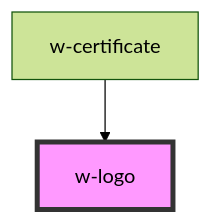
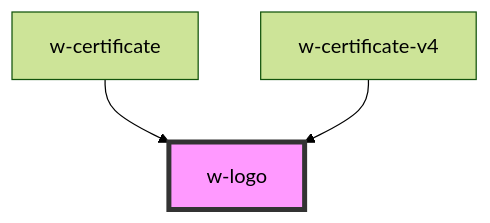
The diagram in src/components/w-logo/readme.md (wordproof/ui), drawn with Mermaid (forest theme) before and after one commit. The commit also changed other lines of this file and 11 other files, not shown here.

````diff
--- a/src/components/w-logo/readme.md
+++ b/src/components/w-logo/readme.md
@@ -28,5 +29,6 @@
 ```mermaid
 graph TD;
   w-certificate --> w-logo
+  w-certificate-v4 --> w-logo
   style w-logo fill:#f9f,stroke:#333,stroke-width:4px
 ```
````
